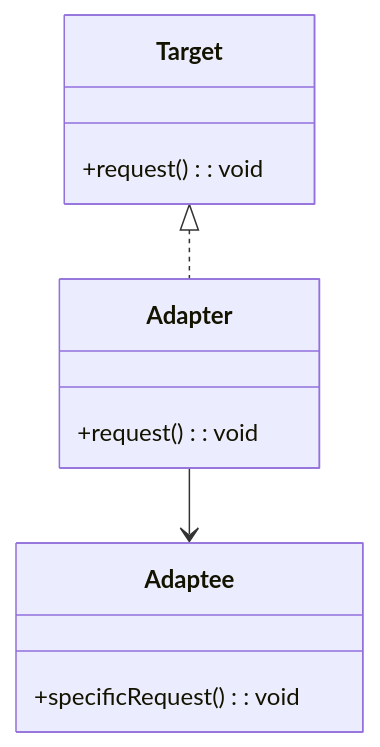
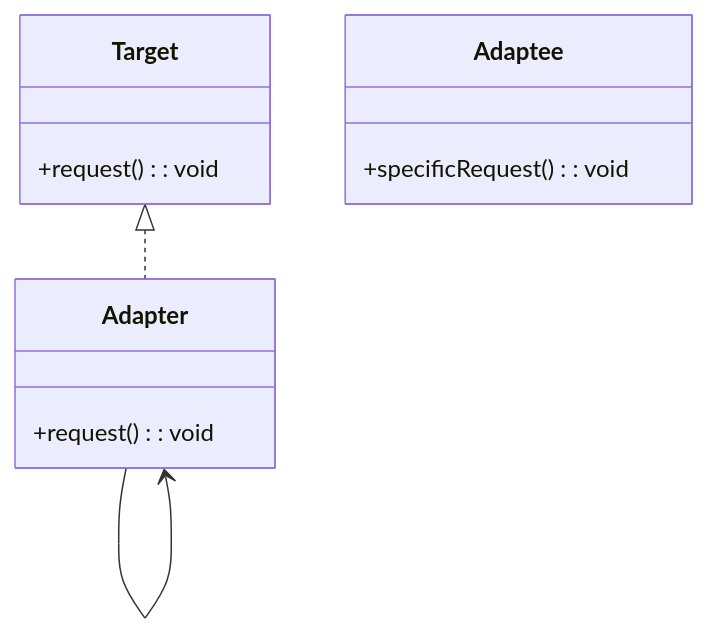
The diagram in StructuralPAtterns/AdapterPattern.md (VrejHambardzumyan/DesignPatterns), drawn with Mermaid before and after one commit.

Commit message:
AdapterPattern.md

````diff
--- a/StructuralPAtterns/AdapterPattern.md
+++ b/StructuralPAtterns/AdapterPattern.md
@@ -78,19 +78,19 @@
 ```mermaid
 classDiagram
     class Target {
         +request(): void
     }
 
     class Adaptee {
         +specificRequest(): void
     }
 
     class Adapter {
         +request(): void
     }
 
     Target <|.. Adapter
-    Adapter --> Adaptee
+    Adapter --> Adapter
 
 
 ```
````
